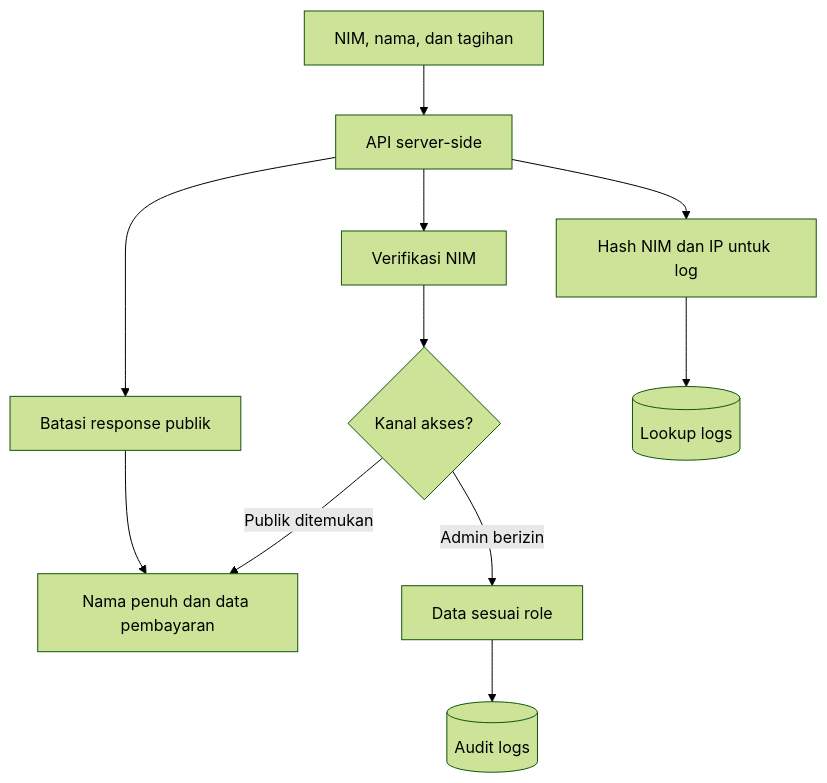
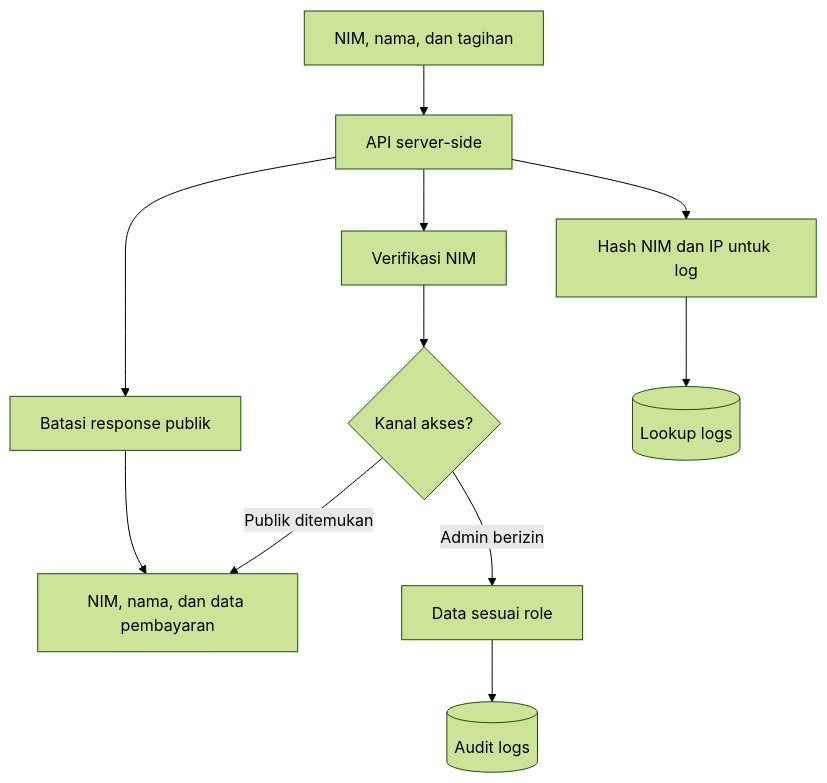
One commit to mtijan/Salut-Cek-Pembayaran changed diagram 20 of 25 in docs/03-diagrams.md. Above: the diagram before and after it, drawn with Mermaid (forest theme). The commit also changed other lines of this file and 32 other files, not shown here.

````diff
--- a/docs/03-diagrams.md
+++ b/docs/03-diagrams.md
@@ -577,13 +577,13 @@
 ```mermaid
 flowchart TD
     Raw[NIM, nama, dan tagihan] --> Server[API server-side]
     Server --> Verify[Verifikasi NIM]
     Server --> Minimize[Batasi response publik]
     Server --> Hash[Hash NIM dan IP untuk log]
     Verify --> Authorized{Kanal akses?}
-    Authorized -->|Publik ditemukan| Public[Nama penuh dan data pembayaran]
+    Authorized -->|Publik ditemukan| Public[NIM, nama, dan data pembayaran]
     Authorized -->|Admin berizin| Admin[Data sesuai role]
     Minimize --> Public
     Hash --> Logs[(Lookup logs)]
     Admin --> Audit[(Audit logs)]
 ```
````
